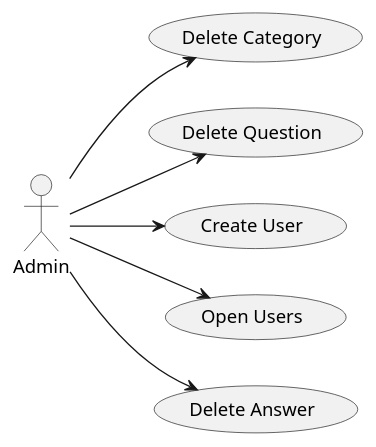
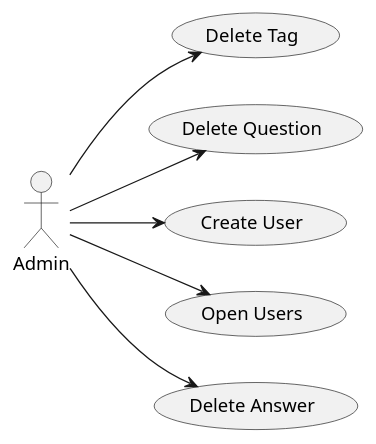
The diagram in src/main/resources/templates/casosDeUsoAdmin.plantuml (rafaelacirino/miw-backend-foro), drawn with PlantUML before and after one commit. The commit also changed 7 other files, not shown here.

Commit message:
cambios en diagramas

```diff
--- a/src/main/resources/templates/casosDeUsoAdmin.plantuml
+++ b/src/main/resources/templates/casosDeUsoAdmin.plantuml
@@ -1,19 +1,19 @@
 @startuml
 
 actor Admin
 
 left to right direction
 
-(Delete Category) as UC1
+(Delete Tag) as UC1
 (Delete Question) as UC2
 (Create User) as UC3
 (Open Users) as UC4
 (Delete Answer) as UC5
 
 Admin --> UC1
 Admin --> UC2
 Admin --> UC3
 Admin --> UC4
 Admin --> UC5
 
 @enduml
```
